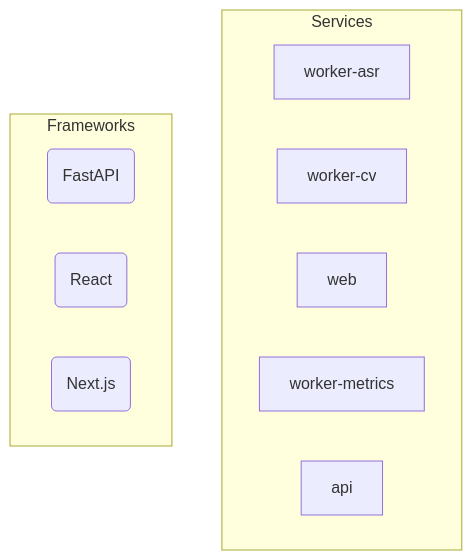
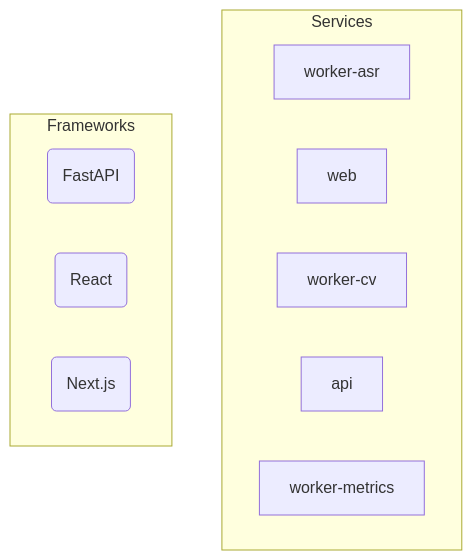
One commit to NITISH-R-G/PedagogyX changed the diagram in README.md. Above: the diagram before and after it, drawn with Mermaid. The commit also changed other lines of this file and 3 other files, not shown here.

Commit message:
docs: auto-generate repository documentation and diagrams [skip ci]

````diff
--- a/README.md
+++ b/README.md
@@ -38,22 +38,22 @@
 ```mermaid
 graph TD
     subgraph Services
         worker_asr["worker-asr"]
         click worker_asr href "services/worker-asr" "Go to worker-asr source"
+        web["web"]
+        click web href "services/web" "Go to web source"
         worker_cv["worker-cv"]
         click worker_cv href "services/worker-cv" "Go to worker-cv source"
-        web["web"]
-        click web href "services/web" "Go to web source"
+        api["api"]
+        click api href "services/api" "Go to api source"
         worker_metrics["worker-metrics"]
         click worker_metrics href "services/worker-metrics" "Go to worker-metrics source"
-        api["api"]
-        click api href "services/api" "Go to api source"
     end
 
     subgraph Frameworks
         FastAPI(FastAPI)
         React(React)
         Next_js(Next.js)
     end
 
 ```
````
